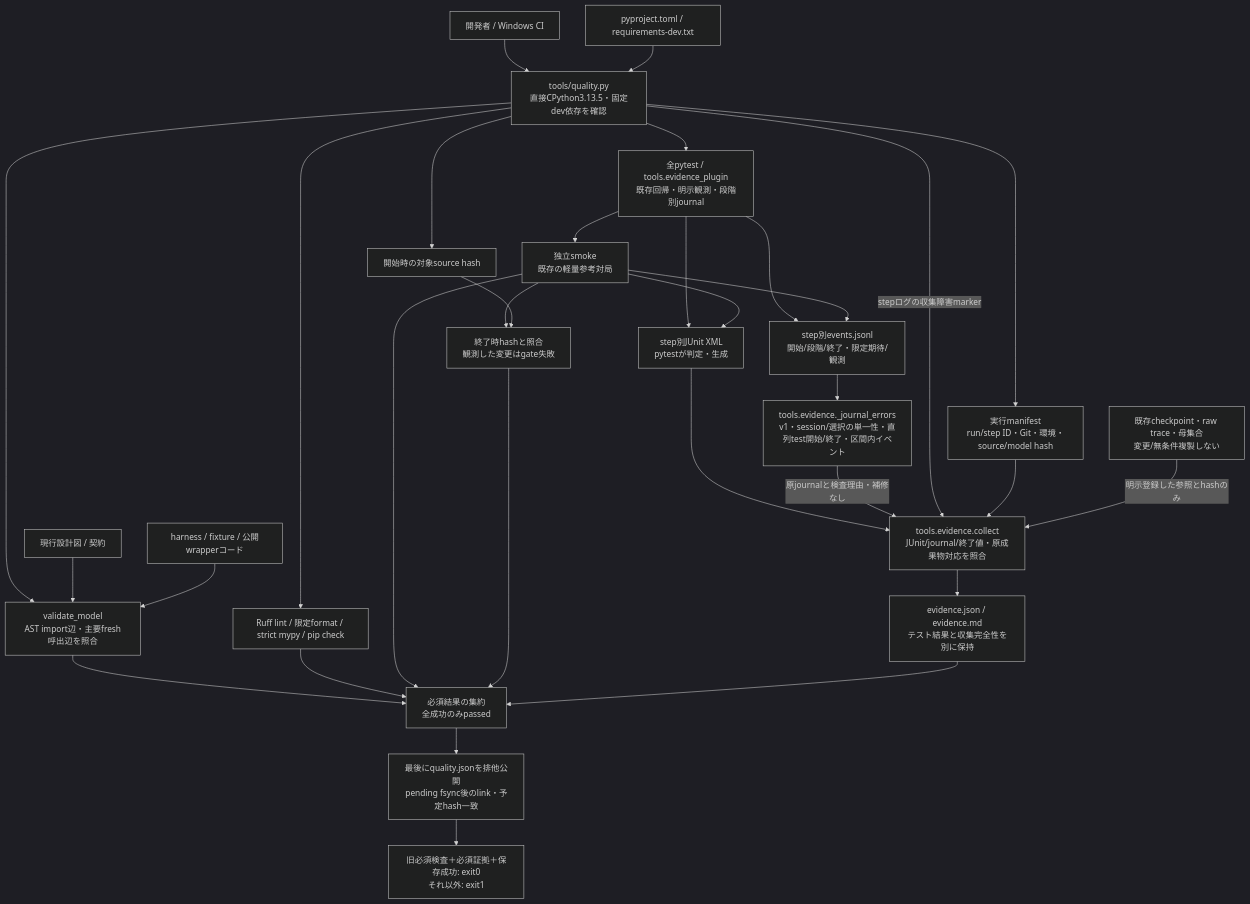
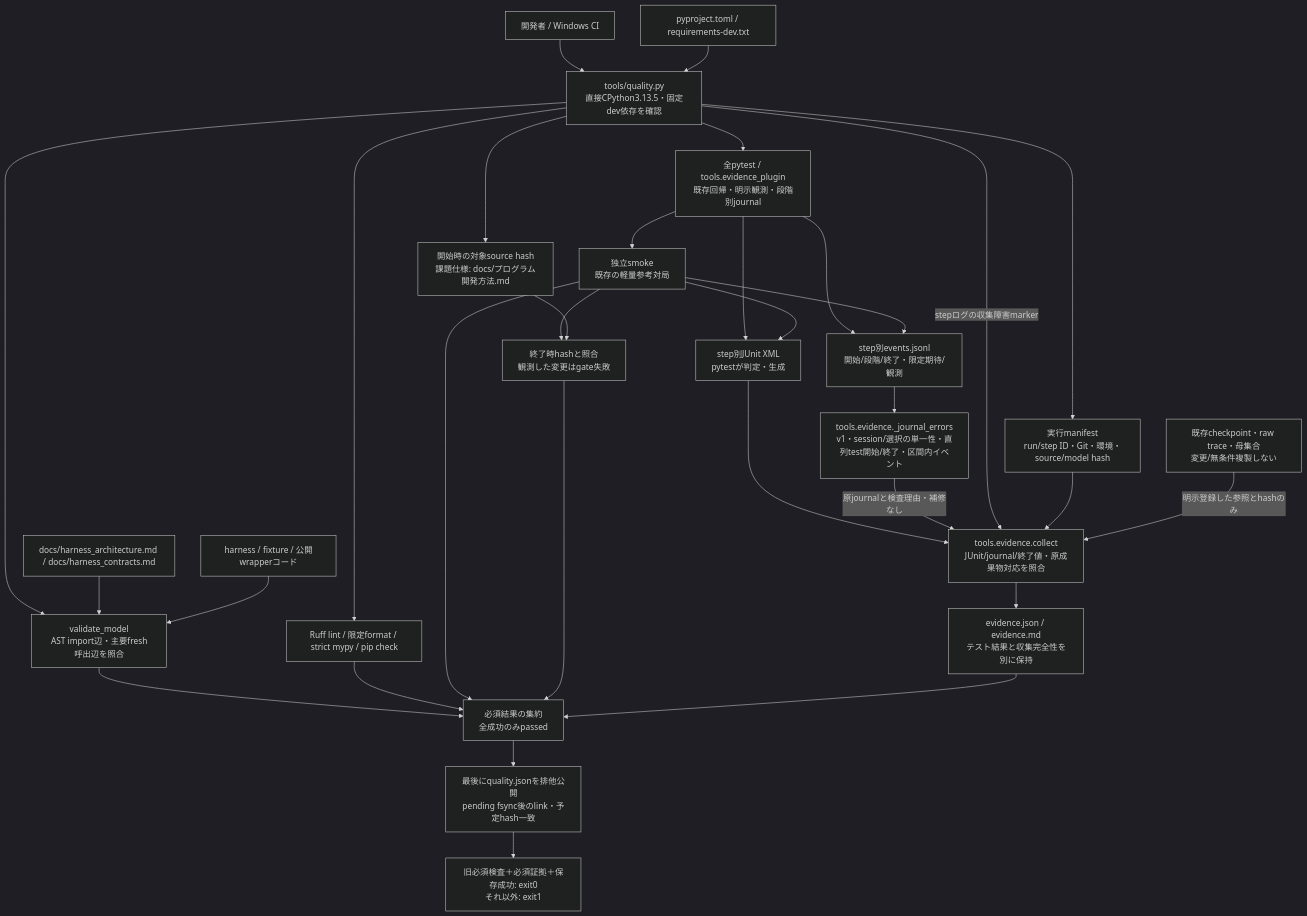
The sixth of 7 diagrams in docs/harness_architecture.md (nonnhjleno/reversi-ai), drawn with Mermaid (dark theme) before and after one commit. The commit also changed other lines of this file and 27 other files, not shown here.

````diff
--- a/docs/harness_architecture.md
+++ b/docs/harness_architecture.md
@@ -323,33 +325,33 @@
 ```mermaid
 flowchart TD
     DEV["開発者 / Windows CI"] --> Q["tools/quality.py<br/>直接CPython3.13.5・固定dev依存を確認"]
     CFG["pyproject.toml / requirements-dev.txt"] --> Q
     Q --> M["validate_model<br/>AST import辺・主要fresh呼出辺を照合"]
-    DOC["現行設計図 / 契約"] --> M
+    DOC["docs/harness_architecture.md / docs/harness_contracts.md"] --> M
     CODE["harness / fixture / 公開wrapperコード"] --> M
     Q --> L["Ruff lint / 限定format / strict mypy / pip check"]
     Q --> T["全pytest / tools.evidence_plugin<br/>既存回帰・明示観測・段階別journal"]
     T --> S["独立smoke<br/>既存の軽量参考対局"]
     M --> OUT["必須結果の集約<br/>全成功のみpassed"]
     L --> OUT
     S --> OUT
-    Q --> SNAP["開始時の対象source hash"]
+    Q --> SNAP["開始時の対象source hash<br/>課題仕様: docs/プログラム開発方法.md"]
     S --> SAME["終了時hashと照合<br/>観測した変更はgate失敗"]
     SNAP --> SAME
     SAME --> OUT
     T --> XML["step別JUnit XML<br/>pytestが判定・生成"]
     S --> XML
     T --> JOURNAL["step別events.jsonl<br/>開始/段階/終了・限定期待/観測"]
     S --> JOURNAL
     Q --> MAN["実行manifest<br/>run/step ID・Git・環境・source/model hash"]
     XML --> EC["tools.evidence.collect<br/>JUnit/journal/終了値・原成果物対応を照合"]
     JOURNAL --> JL["tools.evidence._journal_errors<br/>v1・session/選択の単一性・直列test開始/終了・区間内イベント"]
     JL -->|"原journalと検査理由・補修なし"| EC
     Q -->|"stepログの収集障害marker"| EC
     MAN --> EC
     ORIGINAL["既存checkpoint・raw trace・母集合<br/>変更/無条件複製しない"] -->|"明示登録した参照とhashのみ"| EC
     EC --> EV["evidence.json / evidence.md<br/>テスト結果と収集完全性を別に保持"]
     EV --> OUT
     OUT --> LOG["最後にquality.jsonを排他公開<br/>pending fsync後のlink・予定hash一致"]
     LOG --> EXIT["旧必須検査＋必須証拠＋保存成功: exit0<br/>それ以外: exit1"]
 ```
````
